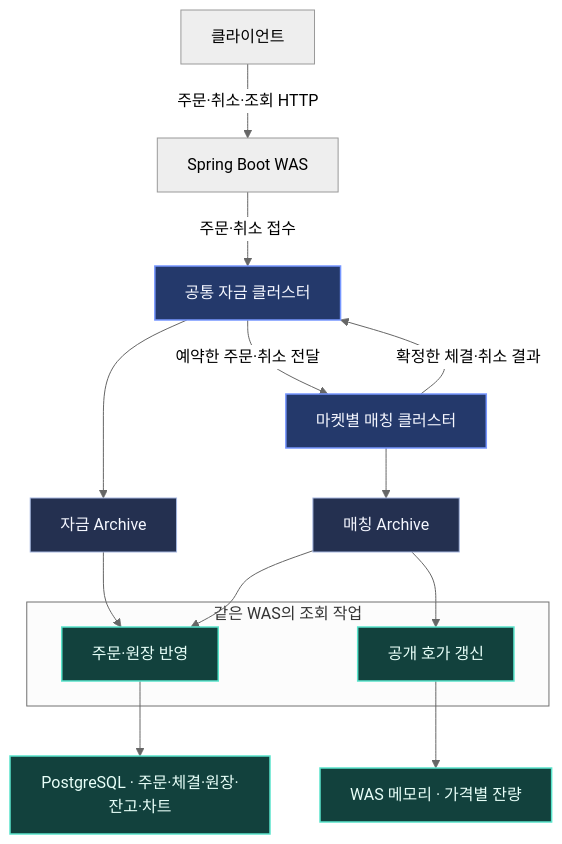
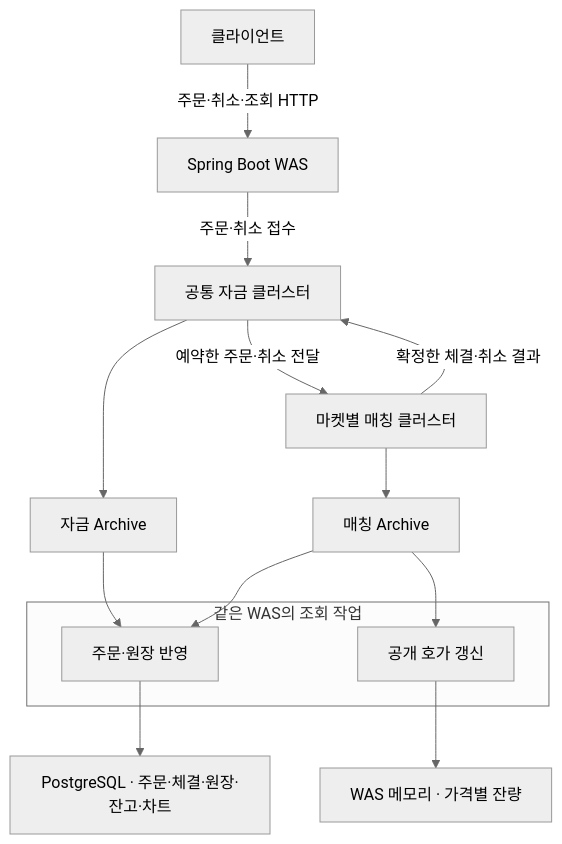
The diagram in README.md (0Chord/coin-exchange), drawn with Mermaid (neutral theme) before and after one commit. The commit also changed other lines of this file and 2 other files, not shown here.

````diff
--- a/README.md
+++ b/README.md
@@ -27,28 +25,21 @@
 ```mermaid
 flowchart TB
     Client["클라이언트"] -->|"주문·취소·조회 HTTP"| WAS["Spring Boot WAS"]
     WAS -->|"주문·취소 접수"| Funds["공통 자금 클러스터"]
     Funds -->|"예약한 주문·취소 전달"| Matching["마켓별 매칭 클러스터"]
     Matching -->|"확정한 체결·취소 결과"| Funds
 
     Funds --> FundsArchive["자금 Archive"]
     Matching --> MatchingArchive["매칭 Archive"]
 
     subgraph Read["같은 WAS의 조회 작업"]
         Replay["주문·원장 반영"]
         Depth["공개 호가 갱신"]
     end
 
     FundsArchive --> Replay
     MatchingArchive --> Replay
     MatchingArchive --> Depth
     Replay --> DB["PostgreSQL · 주문·체결·원장·잔고·차트"]
     Depth --> Memory["WAS 메모리 · 가격별 잔량"]
-
-    classDef trading fill:#24396b,stroke:#7797ff,stroke-width:1.5px,color:#f5f7ff
-    classDef archive fill:#243050,stroke:#a5b6df,color:#f5f7ff
-    classDef query fill:#12413d,stroke:#59e4cb,stroke-width:1.5px,color:#e8fff9
-    class Funds,Matching trading
-    class FundsArchive,MatchingArchive archive
-    class Replay,Depth,DB,Memory query
 ```
````
